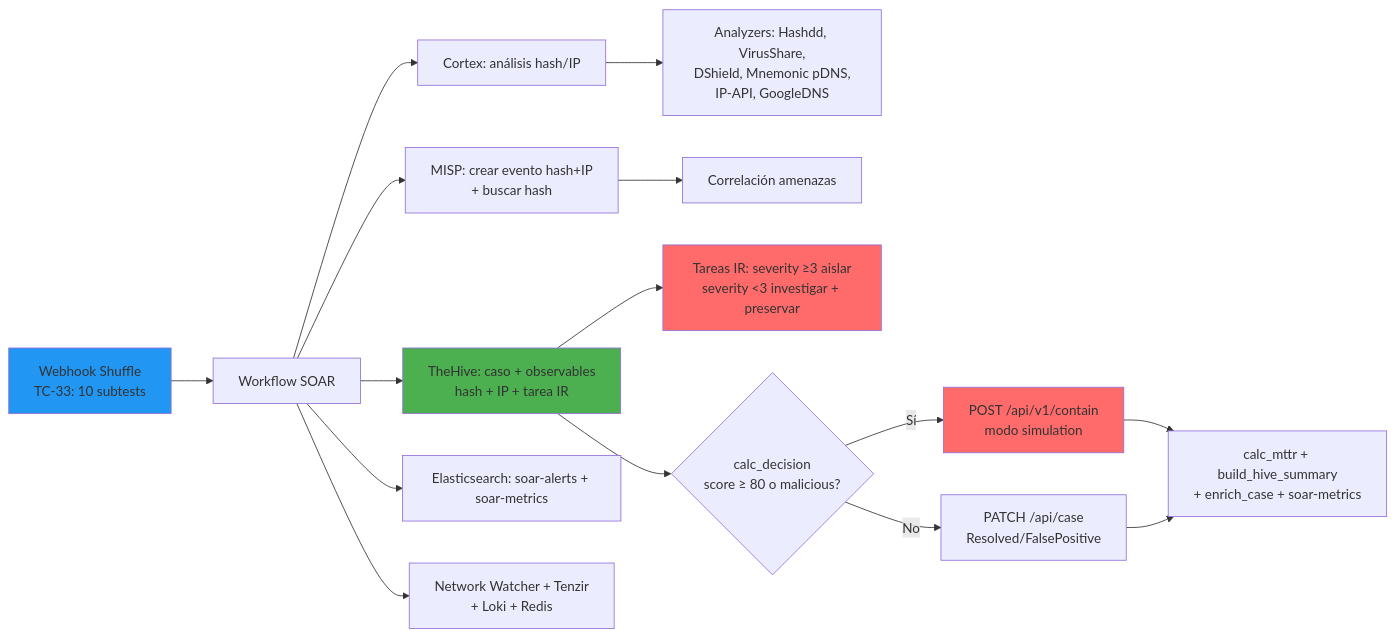
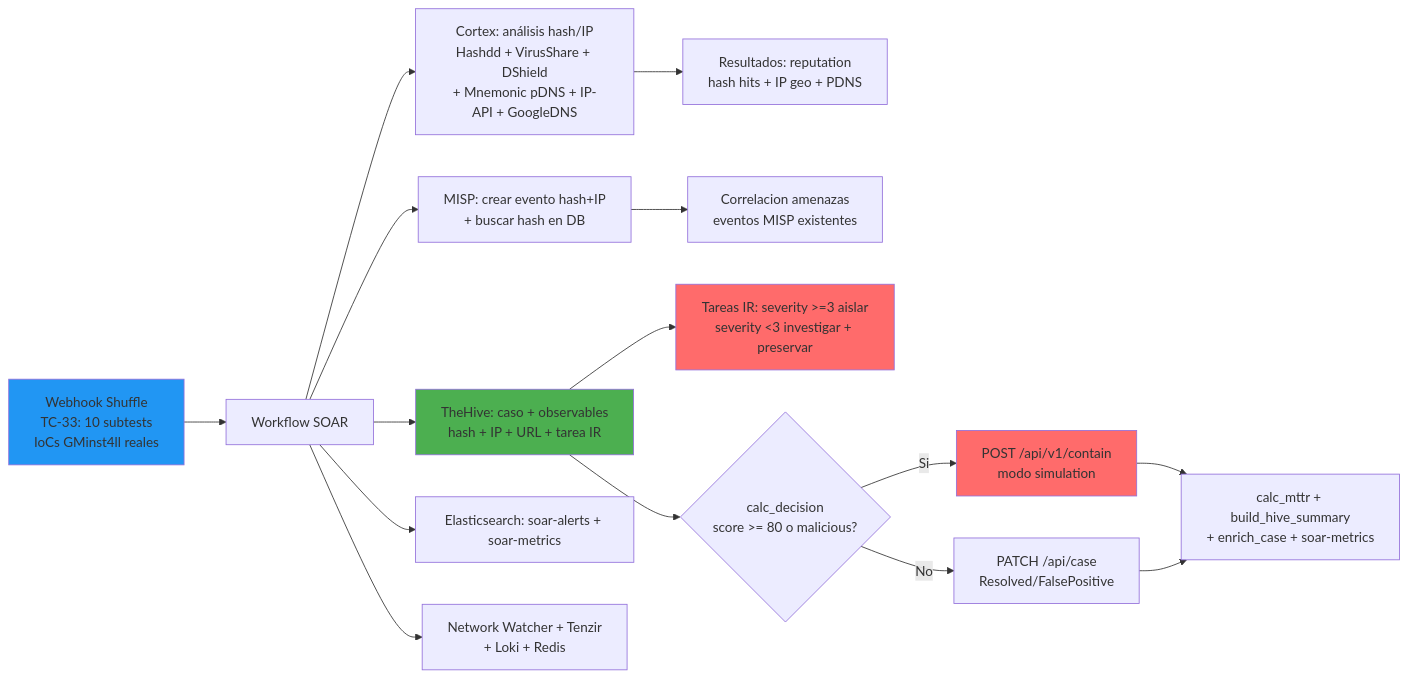
Before and after one commit to alesanfe/soar-ransomware-lab: diagram 12 of 12 in docs/thesis/appendix_f.md, drawn with Mermaid. The commit also changed other lines of this file, not shown here.

````diff
--- a/docs/thesis/appendix_f.md
+++ b/docs/thesis/appendix_f.md
@@ -585,21 +610,21 @@
 ```mermaid
 graph LR
- A[Webhook Shuffle<br/>TC-33: 10 subtests] --> B[Workflow SOAR]
- B --> C[Cortex: análisis hash/IP]
- B --> D[MISP: crear evento hash+IP<br/>+ buscar hash]
- B --> E[TheHive: caso + observables<br/>hash + IP + tarea IR]
+ A[Webhook Shuffle<br/>TC-33: 10 subtests<br/>IoCs GMinst4ll reales] --> B[Workflow SOAR]
+ B --> C[Cortex: análisis hash/IP<br/>Hashdd + VirusShare + DShield<br/>+ Mnemonic pDNS + IP-API + GoogleDNS]
+ B --> D[MISP: crear evento hash+IP<br/>+ buscar hash en DB]
+ B --> E[TheHive: caso + observables<br/>hash + IP + URL + tarea IR]
  B --> F[Elasticsearch: soar-alerts + soar-metrics]
  B --> M[Network Watcher + Tenzir<br/>+ Loki + Redis]
- C --> G[Analyzers: Hashdd, VirusShare,<br/>DShield, Mnemonic pDNS,<br/>IP-API, GoogleDNS]
- D --> H[Correlación amenazas]
- E --> I[Tareas IR: severity ≥3 aislar<br/>severity <3 investigar + preservar]
- E --> J{calc_decision<br/>score ≥ 80 o malicious?}
- J -->|Sí| K[POST /api/v1/contain<br/>modo simulation]
+ C --> G[Resultados: reputation<br/>hash hits + IP geo + PDNS]
+ D --> H[Correlacion amenazas<br/>eventos MISP existentes]
+ E --> I[Tareas IR: severity >=3 aislar<br/>severity <3 investigar + preservar]
+ E --> J{calc_decision<br/>score >= 80 o malicious?}
+ J -->|Si| K[POST /api/v1/contain<br/>modo simulation]
  J -->|No| L[PATCH /api/case<br/>Resolved/FalsePositive]
  K --> N[calc_mttr + build_hive_summary<br/>+ enrich_case + soar-metrics]
  L --> N
  style A fill:#2196F3
  style E fill:#4CAF50
  style I fill:#ff6b6b
  style K fill:#ff6b6b
 ```
````
